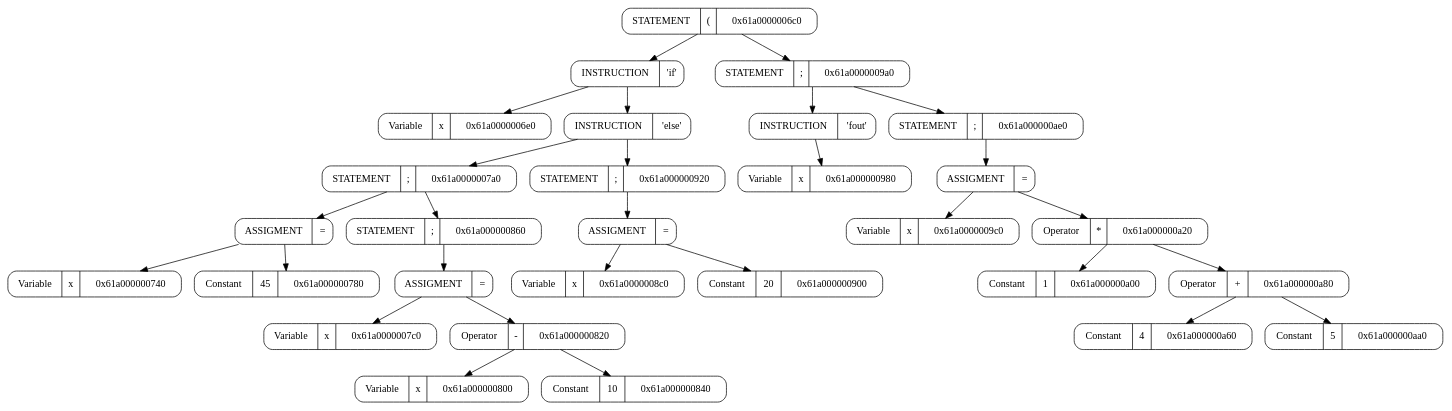
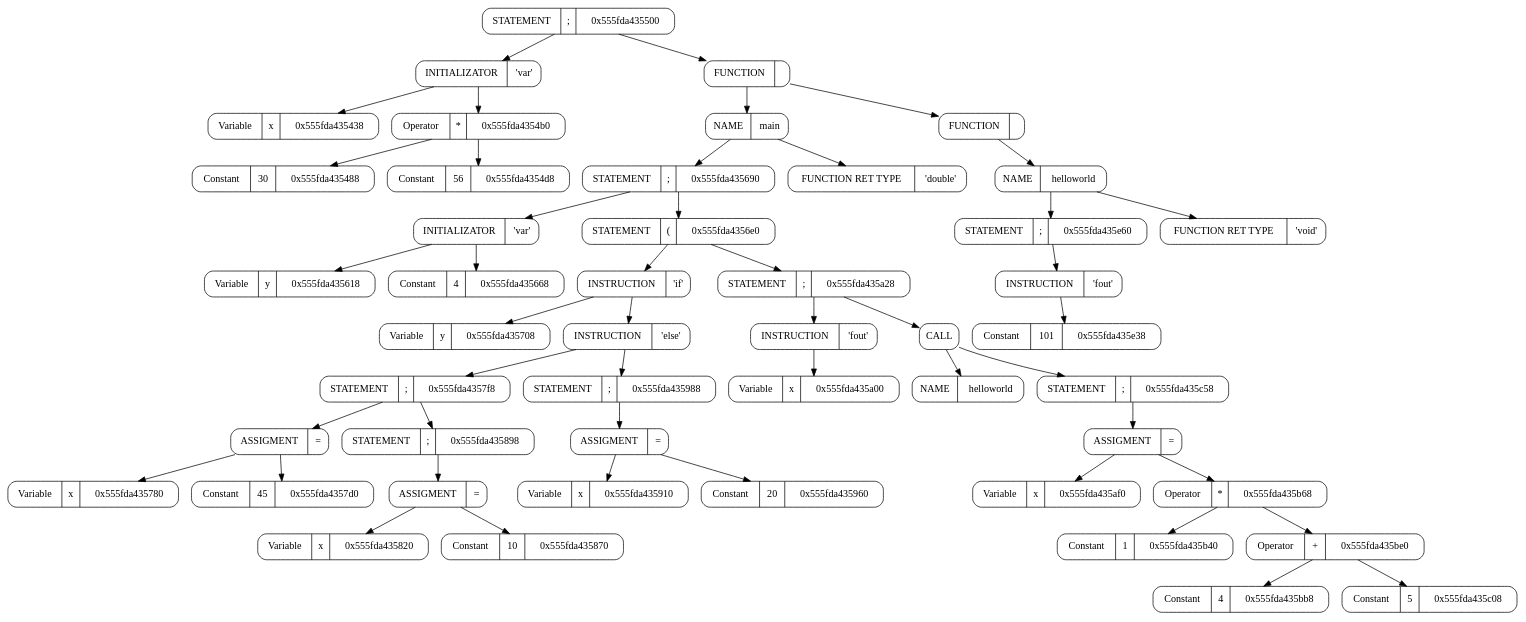
One commit to ArsenySamoylov/Lang changed the diagram in graphics/dot/kek.dot. Above: the diagram before and after it, drawn with Graphviz. The commit also changed 27 other files, not shown here.

```diff
--- a/graphics/dot/kek.dot
+++ b/graphics/dot/kek.dot
@@ -2,91 +2,176 @@
 digraph 
 {
 rankdir = TB # RANKDIR
-		node_0x61a0000006c0 [shape = Mrecord label =  "STATEMENT   | {(} | {0x61a0000006c0}"]
-		node_0x61a0000006a0 [shape = Mrecord label =  "INSTRUCTION | {'if'} "]
-		node_0x61a0000006c0 -> node_0x61a0000006a0 
-		node_0x61a0000006a0 [shape = Mrecord label =  "INSTRUCTION | {'if'} "]
-		node_0x61a0000006e0 [shape = Mrecord label =  "Variable | {x} | {0x61a0000006e0}"]
-		node_0x61a0000006a0 -> node_0x61a0000006e0 
-		node_0x61a0000006e0 [shape = Mrecord label =  "Variable | {x} | {0x61a0000006e0}"]
-		node_0x61a0000008a0 [shape = Mrecord label =  "INSTRUCTION | {'else'} "]
-		node_0x61a0000006a0 -> node_0x61a0000008a0 
-		node_0x61a0000008a0 [shape = Mrecord label =  "INSTRUCTION | {'else'} "]
-		node_0x61a0000007a0 [shape = Mrecord label =  "STATEMENT   | {;} | {0x61a0000007a0}"]
-		node_0x61a0000008a0 -> node_0x61a0000007a0 
-		node_0x61a0000007a0 [shape = Mrecord label =  "STATEMENT   | {;} | {0x61a0000007a0}"]
-		node_0x61a000000760 [shape = Mrecord label =  "ASSIGMENT | {=}"]
-		node_0x61a0000007a0 -> node_0x61a000000760 
-		node_0x61a000000760 [shape = Mrecord label =  "ASSIGMENT | {=}"]
-		node_0x61a000000740 [shape = Mrecord label =  "Variable | {x} | {0x61a000000740}"]
-		node_0x61a000000760 -> node_0x61a000000740 
-		node_0x61a000000740 [shape = Mrecord label =  "Variable | {x} | {0x61a000000740}"]
-		node_0x61a000000780 [shape = Mrecord label =  "Constant | {45} | {0x61a000000780}"]
-		node_0x61a000000760 -> node_0x61a000000780 
-		node_0x61a000000780 [shape = Mrecord label =  "Constant | {45} | {0x61a000000780}"]
-		node_0x61a000000860 [shape = Mrecord label =  "STATEMENT   | {;} | {0x61a000000860}"]
-		node_0x61a0000007a0 -> node_0x61a000000860 
-		node_0x61a000000860 [shape = Mrecord label =  "STATEMENT   | {;} | {0x61a000000860}"]
-		node_0x61a0000007e0 [shape = Mrecord label =  "ASSIGMENT | {=}"]
-		node_0x61a000000860 -> node_0x61a0000007e0 
-		node_0x61a0000007e0 [shape = Mrecord label =  "ASSIGMENT | {=}"]
-		node_0x61a0000007c0 [shape = Mrecord label =  "Variable | {x} | {0x61a0000007c0}"]
-		node_0x61a0000007e0 -> node_0x61a0000007c0 
-		node_0x61a0000007c0 [shape = Mrecord label =  "Variable | {x} | {0x61a0000007c0}"]
-		node_0x61a000000820 [shape = Mrecord label =  "Operator | {-} | {0x61a000000820}"]
-		node_0x61a0000007e0 -> node_0x61a000000820 
-		node_0x61a000000820 [shape = Mrecord label =  "Operator | {-} | {0x61a000000820}"]
-		node_0x61a000000800 [shape = Mrecord label =  "Variable | {x} | {0x61a000000800}"]
-		node_0x61a000000820 -> node_0x61a000000800 
-		node_0x61a000000800 [shape = Mrecord label =  "Variable | {x} | {0x61a000000800}"]
-		node_0x61a000000840 [shape = Mrecord label =  "Constant | {10} | {0x61a000000840}"]
-		node_0x61a000000820 -> node_0x61a000000840 
-		node_0x61a000000840 [shape = Mrecord label =  "Constant | {10} | {0x61a000000840}"]
-		node_0x61a000000920 [shape = Mrecord label =  "STATEMENT   | {;} | {0x61a000000920}"]
-		node_0x61a0000008a0 -> node_0x61a000000920 
-		node_0x61a000000920 [shape = Mrecord label =  "STATEMENT   | {;} | {0x61a000000920}"]
-		node_0x61a0000008e0 [shape = Mrecord label =  "ASSIGMENT | {=}"]
-		node_0x61a000000920 -> node_0x61a0000008e0 
-		node_0x61a0000008e0 [shape = Mrecord label =  "ASSIGMENT | {=}"]
-		node_0x61a0000008c0 [shape = Mrecord label =  "Variable | {x} | {0x61a0000008c0}"]
-		node_0x61a0000008e0 -> node_0x61a0000008c0 
-		node_0x61a0000008c0 [shape = Mrecord label =  "Variable | {x} | {0x61a0000008c0}"]
-		node_0x61a000000900 [shape = Mrecord label =  "Constant | {20} | {0x61a000000900}"]
-		node_0x61a0000008e0 -> node_0x61a000000900 
-		node_0x61a000000900 [shape = Mrecord label =  "Constant | {20} | {0x61a000000900}"]
-		node_0x61a0000009a0 [shape = Mrecord label =  "STATEMENT   | {;} | {0x61a0000009a0}"]
-		node_0x61a0000006c0 -> node_0x61a0000009a0 
-		node_0x61a0000009a0 [shape = Mrecord label =  "STATEMENT   | {;} | {0x61a0000009a0}"]
-		node_0x61a000000940 [shape = Mrecord label =  "INSTRUCTION | {'fout'} "]
-		node_0x61a0000009a0 -> node_0x61a000000940 
-		node_0x61a000000940 [shape = Mrecord label =  "INSTRUCTION | {'fout'} "]
-		node_0x61a000000980 [shape = Mrecord label =  "Variable | {x} | {0x61a000000980}"]
-		node_0x61a000000940 -> node_0x61a000000980 
-		node_0x61a000000980 [shape = Mrecord label =  "Variable | {x} | {0x61a000000980}"]
-		node_0x61a000000ae0 [shape = Mrecord label =  "STATEMENT   | {;} | {0x61a000000ae0}"]
-		node_0x61a0000009a0 -> node_0x61a000000ae0 
-		node_0x61a000000ae0 [shape = Mrecord label =  "STATEMENT   | {;} | {0x61a000000ae0}"]
-		node_0x61a0000009e0 [shape = Mrecord label =  "ASSIGMENT | {=}"]
-		node_0x61a000000ae0 -> node_0x61a0000009e0 
-		node_0x61a0000009e0 [shape = Mrecord label =  "ASSIGMENT | {=}"]
-		node_0x61a0000009c0 [shape = Mrecord label =  "Variable | {x} | {0x61a0000009c0}"]
-		node_0x61a0000009e0 -> node_0x61a0000009c0 
-		node_0x61a0000009c0 [shape = Mrecord label =  "Variable | {x} | {0x61a0000009c0}"]
-		node_0x61a000000a20 [shape = Mrecord label =  "Operator | {*} | {0x61a000000a20}"]
-		node_0x61a0000009e0 -> node_0x61a000000a20 
-		node_0x61a000000a20 [shape = Mrecord label =  "Operator | {*} | {0x61a000000a20}"]
-		node_0x61a000000a00 [shape = Mrecord label =  "Constant | {1} | {0x61a000000a00}"]
-		node_0x61a000000a20 -> node_0x61a000000a00 
-		node_0x61a000000a00 [shape = Mrecord label =  "Constant | {1} | {0x61a000000a00}"]
-		node_0x61a000000a80 [shape = Mrecord label =  "Operator | {+} | {0x61a000000a80}"]
-		node_0x61a000000a20 -> node_0x61a000000a80 
-		node_0x61a000000a80 [shape = Mrecord label =  "Operator | {+} | {0x61a000000a80}"]
-		node_0x61a000000a60 [shape = Mrecord label =  "Constant | {4} | {0x61a000000a60}"]
-		node_0x61a000000a80 -> node_0x61a000000a60 
-		node_0x61a000000a60 [shape = Mrecord label =  "Constant | {4} | {0x61a000000a60}"]
-		node_0x61a000000aa0 [shape = Mrecord label =  "Constant | {5} | {0x61a000000aa0}"]
-		node_0x61a000000a80 -> node_0x61a000000aa0 
-		node_0x61a000000aa0 [shape = Mrecord label =  "Constant | {5} | {0x61a000000aa0}"]
+		node_0x555fda435500 [shape = Mrecord label =  "STATEMENT   | {;} | {0x555fda435500}"]
+		node_0x555fda435410 [shape = Mrecord label =  "INITIALIZATOR | {'var'}
+
+"]
+		node_0x555fda435500 -> node_0x555fda435410 
+		node_0x555fda435410 [shape = Mrecord label =  "INITIALIZATOR | {'var'}
+
+"]
+		node_0x555fda435438 [shape = Mrecord label =  "Variable | {x} | {0x555fda435438}"]
+		node_0x555fda435410 -> node_0x555fda435438 
+		node_0x555fda435438 [shape = Mrecord label =  "Variable | {x} | {0x555fda435438}"]
+		node_0x555fda4354b0 [shape = Mrecord label =  "Operator | {*} | {0x555fda4354b0}"]
+		node_0x555fda435410 -> node_0x555fda4354b0 
+		node_0x555fda4354b0 [shape = Mrecord label =  "Operator | {*} | {0x555fda4354b0}"]
+		node_0x555fda435488 [shape = Mrecord label =  "Constant | {30} | {0x555fda435488}"]
+		node_0x555fda4354b0 -> node_0x555fda435488 
+		node_0x555fda435488 [shape = Mrecord label =  "Constant | {30} | {0x555fda435488}"]
+		node_0x555fda4354d8 [shape = Mrecord label =  "Constant | {56} | {0x555fda4354d8}"]
+		node_0x555fda4354b0 -> node_0x555fda4354d8 
+		node_0x555fda4354d8 [shape = Mrecord label =  "Constant | {56} | {0x555fda4354d8}"]
+		node_0x555fda435cf8 [shape = Mrecord label =  "FUNCTION | {}} | {0x555fda435cf8}"]
+		node_0x555fda435500 -> node_0x555fda435cf8 
+		node_0x555fda435cf8 [shape = Mrecord label =  "FUNCTION | {}} | {0x555fda435cf8}"]
+		node_0x555fda434a60 [shape = Mrecord label =  "NAME | {main}
+
+"]
+		node_0x555fda435cf8 -> node_0x555fda434a60 
+		node_0x555fda434a60 [shape = Mrecord label =  "NAME | {main}
+
+"]
+		node_0x555fda435690 [shape = Mrecord label =  "STATEMENT   | {;} | {0x555fda435690}"]
+		node_0x555fda434a60 -> node_0x555fda435690 
+		node_0x555fda435690 [shape = Mrecord label =  "STATEMENT   | {;} | {0x555fda435690}"]
+		node_0x555fda4355f0 [shape = Mrecord label =  "INITIALIZATOR | {'var'}
+
+"]
+		node_0x555fda435690 -> node_0x555fda4355f0 
+		node_0x555fda4355f0 [shape = Mrecord label =  "INITIALIZATOR | {'var'}
+
+"]
+		node_0x555fda435618 [shape = Mrecord label =  "Variable | {y} | {0x555fda435618}"]
+		node_0x555fda4355f0 -> node_0x555fda435618 
+		node_0x555fda435618 [shape = Mrecord label =  "Variable | {y} | {0x555fda435618}"]
+		node_0x555fda435668 [shape = Mrecord label =  "Constant | {4} | {0x555fda435668}"]
+		node_0x555fda4355f0 -> node_0x555fda435668 
+		node_0x555fda435668 [shape = Mrecord label =  "Constant | {4} | {0x555fda435668}"]
+		node_0x555fda4356e0 [shape = Mrecord label =  "STATEMENT   | {(} | {0x555fda4356e0}"]
+		node_0x555fda435690 -> node_0x555fda4356e0 
+		node_0x555fda4356e0 [shape = Mrecord label =  "STATEMENT   | {(} | {0x555fda4356e0}"]
+		node_0x555fda4356b8 [shape = Mrecord label =  "INSTRUCTION | {'if'} "]
+		node_0x555fda4356e0 -> node_0x555fda4356b8 
+		node_0x555fda4356b8 [shape = Mrecord label =  "INSTRUCTION | {'if'} "]
+		node_0x555fda435708 [shape = Mrecord label =  "Variable | {y} | {0x555fda435708}"]
+		node_0x555fda4356b8 -> node_0x555fda435708 
+		node_0x555fda435708 [shape = Mrecord label =  "Variable | {y} | {0x555fda435708}"]
+		node_0x555fda4358e8 [shape = Mrecord label =  "INSTRUCTION | {'else'} "]
+		node_0x555fda4356b8 -> node_0x555fda4358e8 
+		node_0x555fda4358e8 [shape = Mrecord label =  "INSTRUCTION | {'else'} "]
+		node_0x555fda4357f8 [shape = Mrecord label =  "STATEMENT   | {;} | {0x555fda4357f8}"]
+		node_0x555fda4358e8 -> node_0x555fda4357f8 
+		node_0x555fda4357f8 [shape = Mrecord label =  "STATEMENT   | {;} | {0x555fda4357f8}"]
+		node_0x555fda4357a8 [shape = Mrecord label =  "ASSIGMENT | {=}"]
+		node_0x555fda4357f8 -> node_0x555fda4357a8 
+		node_0x555fda4357a8 [shape = Mrecord label =  "ASSIGMENT | {=}"]
+		node_0x555fda435780 [shape = Mrecord label =  "Variable | {x} | {0x555fda435780}"]
+		node_0x555fda4357a8 -> node_0x555fda435780 
+		node_0x555fda435780 [shape = Mrecord label =  "Variable | {x} | {0x555fda435780}"]
+		node_0x555fda4357d0 [shape = Mrecord label =  "Constant | {45} | {0x555fda4357d0}"]
+		node_0x555fda4357a8 -> node_0x555fda4357d0 
+		node_0x555fda4357d0 [shape = Mrecord label =  "Constant | {45} | {0x555fda4357d0}"]
+		node_0x555fda435898 [shape = Mrecord label =  "STATEMENT   | {;} | {0x555fda435898}"]
+		node_0x555fda4357f8 -> node_0x555fda435898 
+		node_0x555fda435898 [shape = Mrecord label =  "STATEMENT   | {;} | {0x555fda435898}"]
+		node_0x555fda435848 [shape = Mrecord label =  "ASSIGMENT | {=}"]
+		node_0x555fda435898 -> node_0x555fda435848 
+		node_0x555fda435848 [shape = Mrecord label =  "ASSIGMENT | {=}"]
+		node_0x555fda435820 [shape = Mrecord label =  "Variable | {x} | {0x555fda435820}"]
+		node_0x555fda435848 -> node_0x555fda435820 
+		node_0x555fda435820 [shape = Mrecord label =  "Variable | {x} | {0x555fda435820}"]
+		node_0x555fda435870 [shape = Mrecord label =  "Constant | {10} | {0x555fda435870}"]
+		node_0x555fda435848 -> node_0x555fda435870 
+		node_0x555fda435870 [shape = Mrecord label =  "Constant | {10} | {0x555fda435870}"]
+		node_0x555fda435988 [shape = Mrecord label =  "STATEMENT   | {;} | {0x555fda435988}"]
+		node_0x555fda4358e8 -> node_0x555fda435988 
+		node_0x555fda435988 [shape = Mrecord label =  "STATEMENT   | {;} | {0x555fda435988}"]
+		node_0x555fda435938 [shape = Mrecord label =  "ASSIGMENT | {=}"]
+		node_0x555fda435988 -> node_0x555fda435938 
+		node_0x555fda435938 [shape = Mrecord label =  "ASSIGMENT | {=}"]
+		node_0x555fda435910 [shape = Mrecord label =  "Variable | {x} | {0x555fda435910}"]
+		node_0x555fda435938 -> node_0x555fda435910 
+		node_0x555fda435910 [shape = Mrecord label =  "Variable | {x} | {0x555fda435910}"]
+		node_0x555fda435960 [shape = Mrecord label =  "Constant | {20} | {0x555fda435960}"]
+		node_0x555fda435938 -> node_0x555fda435960 
+		node_0x555fda435960 [shape = Mrecord label =  "Constant | {20} | {0x555fda435960}"]
+		node_0x555fda435a28 [shape = Mrecord label =  "STATEMENT   | {;} | {0x555fda435a28}"]
+		node_0x555fda4356e0 -> node_0x555fda435a28 
+		node_0x555fda435a28 [shape = Mrecord label =  "STATEMENT   | {;} | {0x555fda435a28}"]
+		node_0x555fda4359b0 [shape = Mrecord label =  "INSTRUCTION | {'fout'} "]
+		node_0x555fda435a28 -> node_0x555fda4359b0 
+		node_0x555fda4359b0 [shape = Mrecord label =  "INSTRUCTION | {'fout'} "]
+		node_0x555fda435a00 [shape = Mrecord label =  "Variable | {x} | {0x555fda435a00}"]
+		node_0x555fda4359b0 -> node_0x555fda435a00 
+		node_0x555fda435a00 [shape = Mrecord label =  "Variable | {x} | {0x555fda435a00}"]
+		node_0x555fda434a30 [shape = Mrecord label =  "CALL "]
+		node_0x555fda435a28 -> node_0x555fda434a30 
+		node_0x555fda434a30 [shape = Mrecord label =  "CALL "]
+		node_0x555fda435a50 [shape = Mrecord label =  "NAME | {helloworld}
+
+"]
+		node_0x555fda434a30 -> node_0x555fda435a50 
+		node_0x555fda435a50 [shape = Mrecord label =  "NAME | {helloworld}
+
+"]
+		node_0x555fda435c58 [shape = Mrecord label =  "STATEMENT   | {;} | {0x555fda435c58}"]
+		node_0x555fda434a30 -> node_0x555fda435c58 
+		node_0x555fda435c58 [shape = Mrecord label =  "STATEMENT   | {;} | {0x555fda435c58}"]
+		node_0x555fda435b18 [shape = Mrecord label =  "ASSIGMENT | {=}"]
+		node_0x555fda435c58 -> node_0x555fda435b18 
+		node_0x555fda435b18 [shape = Mrecord label =  "ASSIGMENT | {=}"]
+		node_0x555fda435af0 [shape = Mrecord label =  "Variable | {x} | {0x555fda435af0}"]
+		node_0x555fda435b18 -> node_0x555fda435af0 
+		node_0x555fda435af0 [shape = Mrecord label =  "Variable | {x} | {0x555fda435af0}"]
+		node_0x555fda435b68 [shape = Mrecord label =  "Operator | {*} | {0x555fda435b68}"]
+		node_0x555fda435b18 -> node_0x555fda435b68 
+		node_0x555fda435b68 [shape = Mrecord label =  "Operator | {*} | {0x555fda435b68}"]
+		node_0x555fda435b40 [shape = Mrecord label =  "Constant | {1} | {0x555fda435b40}"]
+		node_0x555fda435b68 -> node_0x555fda435b40 
+		node_0x555fda435b40 [shape = Mrecord label =  "Constant | {1} | {0x555fda435b40}"]
+		node_0x555fda435be0 [shape = Mrecord label =  "Operator | {+} | {0x555fda435be0}"]
+		node_0x555fda435b68 -> node_0x555fda435be0 
+		node_0x555fda435be0 [shape = Mrecord label =  "Operator | {+} | {0x555fda435be0}"]
+		node_0x555fda435bb8 [shape = Mrecord label =  "Constant | {4} | {0x555fda435bb8}"]
+		node_0x555fda435be0 -> node_0x555fda435bb8 
+		node_0x555fda435bb8 [shape = Mrecord label =  "Constant | {4} | {0x555fda435bb8}"]
+		node_0x555fda435c08 [shape = Mrecord label =  "Constant | {5} | {0x555fda435c08}"]
+		node_0x555fda435be0 -> node_0x555fda435c08 
+		node_0x555fda435c08 [shape = Mrecord label =  "Constant | {5} | {0x555fda435c08}"]
+		node_0x555fda434a90 [shape = Mrecord label =  "FUNCTION RET TYPE | {'double'}
+
+"]
+		node_0x555fda434a60 -> node_0x555fda434a90 
+		node_0x555fda434a90 [shape = Mrecord label =  "FUNCTION RET TYPE | {'double'}
+
+"]
+		node_0x555fda435ed8 [shape = Mrecord label =  "FUNCTION | {}} | {0x555fda435ed8}"]
+		node_0x555fda435cf8 -> node_0x555fda435ed8 
+		node_0x555fda435ed8 [shape = Mrecord label =  "FUNCTION | {}} | {0x555fda435ed8}"]
+		node_0x555fda434af0 [shape = Mrecord label =  "NAME | {helloworld}
+
+"]
+		node_0x555fda435ed8 -> node_0x555fda434af0 
+		node_0x555fda434af0 [shape = Mrecord label =  "NAME | {helloworld}
+
+"]
+		node_0x555fda435e60 [shape = Mrecord label =  "STATEMENT   | {;} | {0x555fda435e60}"]
+		node_0x555fda434af0 -> node_0x555fda435e60 
+		node_0x555fda435e60 [shape = Mrecord label =  "STATEMENT   | {;} | {0x555fda435e60}"]
+		node_0x555fda435de8 [shape = Mrecord label =  "INSTRUCTION | {'fout'} "]
+		node_0x555fda435e60 -> node_0x555fda435de8 
+		node_0x555fda435de8 [shape = Mrecord label =  "INSTRUCTION | {'fout'} "]
+		node_0x555fda435e38 [shape = Mrecord label =  "Constant | {101} | {0x555fda435e38}"]
+		node_0x555fda435de8 -> node_0x555fda435e38 
+		node_0x555fda435e38 [shape = Mrecord label =  "Constant | {101} | {0x555fda435e38}"]
+		node_0x555fda434b20 [shape = Mrecord label =  "FUNCTION RET TYPE | {'void'}
+
+"]
+		node_0x555fda434af0 -> node_0x555fda434b20 
+		node_0x555fda434b20 [shape = Mrecord label =  "FUNCTION RET TYPE | {'void'}
+
+"]
 ########################################################### SetEndDot
 
 }
```
